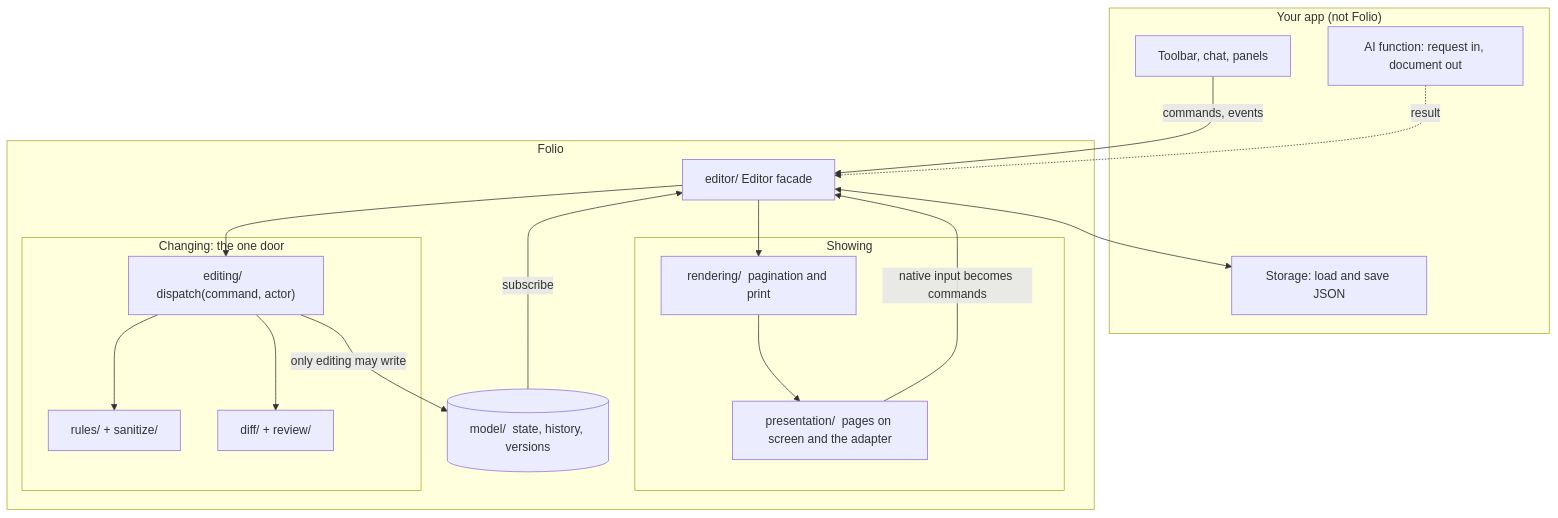
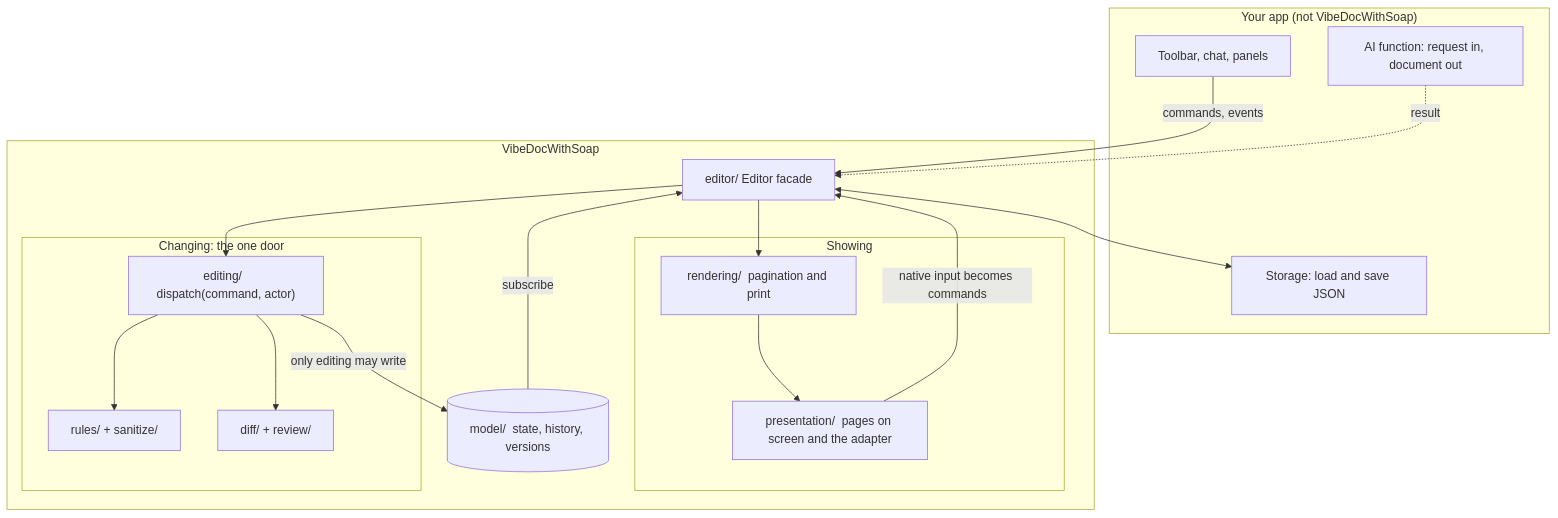
Before and after one commit to EmilKronholm/vibedocwithsoap: the first of 47 diagrams in docs/onboarding.md, drawn with Mermaid. The commit also changed other lines of this file and 65 other files, not shown here.

First line of the commit message:
Rename Folio to VibeDocWithSoap

````diff
--- a/docs/onboarding.md
+++ b/docs/onboarding.md
@@ -80,37 +80,37 @@
 ```mermaid
 flowchart TB
-  subgraph host["Your app (not Folio)"]
+  subgraph host["Your app (not VibeDocWithSoap)"]
     ui["Toolbar, chat, panels"]
     ai["AI function: request in, document out"]
     store["Storage: load and save JSON"]
   end
 
-  subgraph folio["Folio"]
+  subgraph vibedocwithsoap["VibeDocWithSoap"]
     editor["editor/  Editor facade"]
 
     subgraph view["Showing"]
       presentation["presentation/  pages on screen and the adapter"]
       rendering["rendering/  pagination and print"]
     end
 
     subgraph door["Changing: the one door"]
       editing["editing/  dispatch(command, actor)"]
       rules["rules/ + sanitize/"]
       review["diff/ + review/"]
     end
 
     model[("model/  state, history, versions")]
   end
 
   ui -- "commands, events" --> editor
   ai -. "result" .-> editor
   editor <--> store
   presentation -- "native input becomes commands" --> editor
   editor --> editing
   editing --> rules
   editing --> review
   editing -- "only editing may write" --> model
   model -- "subscribe" --> editor
   editor --> rendering
   rendering --> presentation
 ```
````
